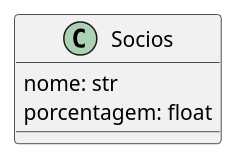
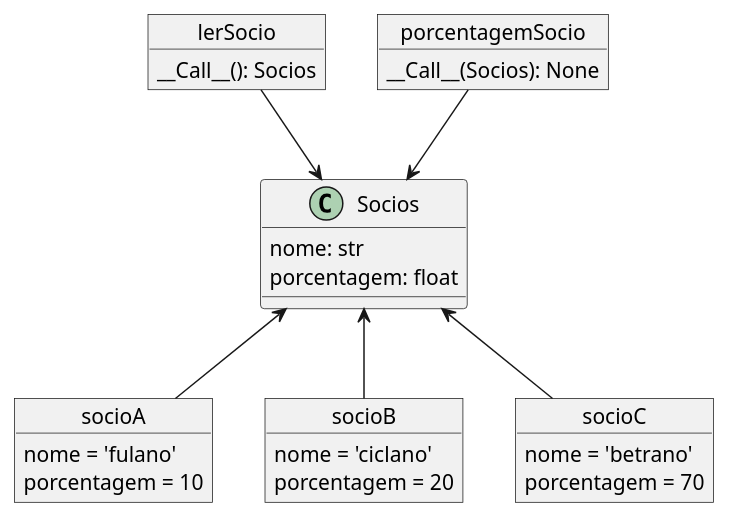
Before and after one commit to kauaDaviAmaro/engenharia-uml: the diagram in exercicio_01/classes.puml, drawn with PlantUML. The commit also changed 1 other file, not shown here.

```diff
--- a/exercicio_01/classes.puml
+++ b/exercicio_01/classes.puml
@@ -1,6 +1,37 @@
 @startuml Socios
 Class Socios {
    nome: str
    porcentagem: float
 }
+
+object lerSocio{
+   __Call__(): Socios
+}
+
+object porcentagemSocio{
+   __Call__(Socios): None
+}
+
+object socioA{
+   nome = 'fulano'
+   porcentagem = 10
+}
+
+object socioB{
+   nome = 'ciclano'
+   porcentagem = 20
+}
+
+object socioC{
+   nome = 'betrano'
+   porcentagem = 70
+}
+
+lerSocio --> Socios
+porcentagemSocio --> Socios
+
+Socios <-- socioA
+Socios <-- socioB
+Socios <-- socioC
+
 @enduml
```
